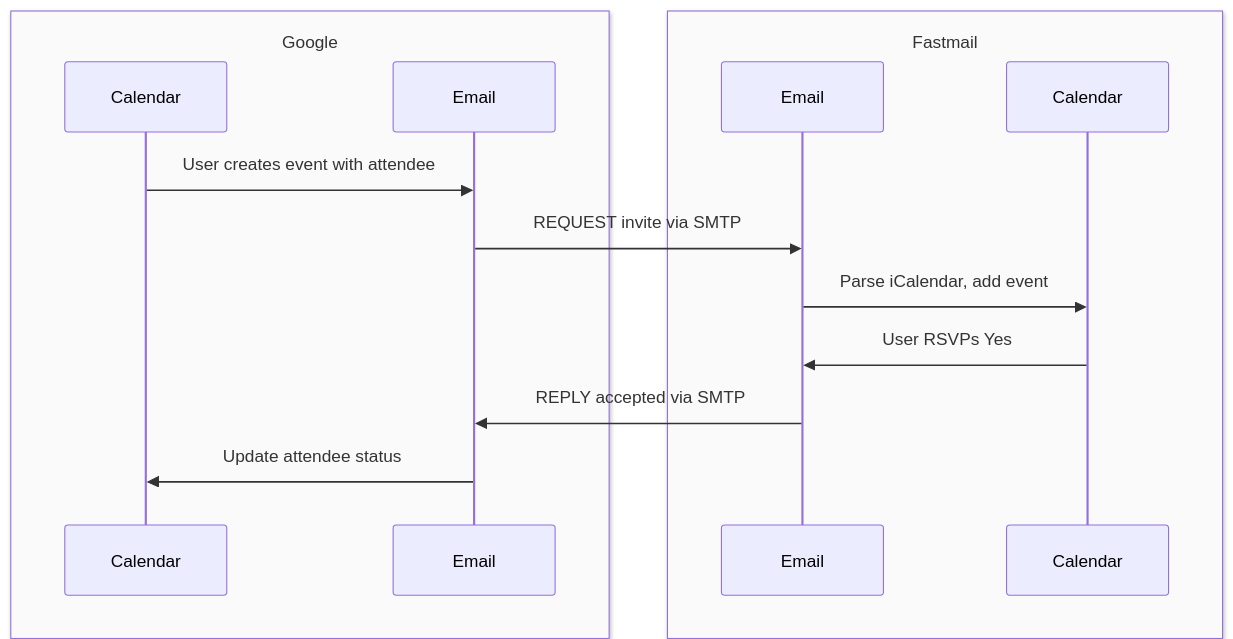
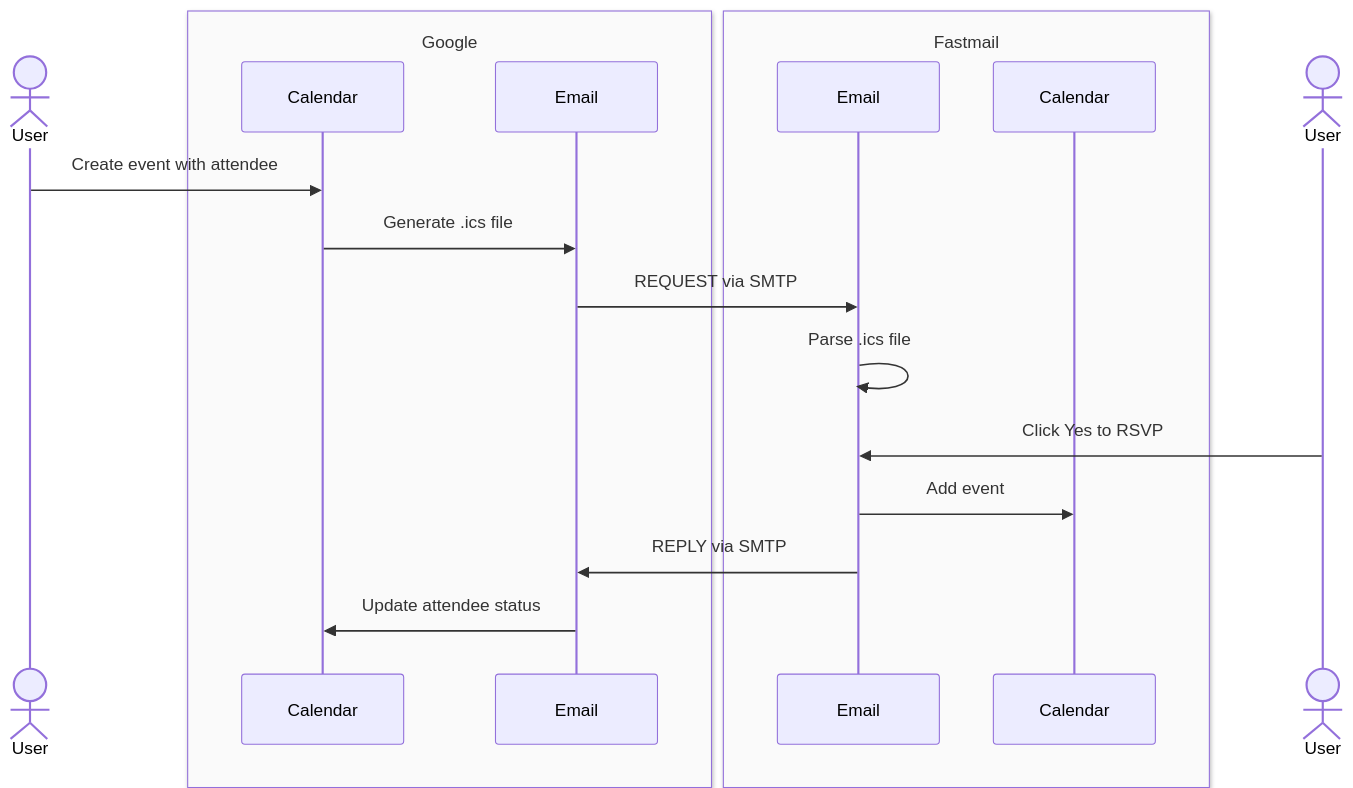
The diagram in src/content/post/standards.md (amarder/amarder.github.io), drawn with Mermaid before and after one commit. The commit also changed other lines of this file, not shown here.

````diff
--- a/src/content/post/standards.md
+++ b/src/content/post/standards.md
@@ -27,19 +32,23 @@
 ```mermaid
 %%{init: {'sequence': {'boxMargin': 20, 'boxTextMargin': 10}}}%%
 sequenceDiagram
+    actor U1 as User
     box rgb(250, 250, 250) Google
         participant GC as Calendar
         participant GM as Email
     end
     box rgb(250, 250, 250) Fastmail
         participant FE as Email
         participant FC as Calendar
     end
+    actor U2 as User
 
-    GC->>GM: User creates event with attendee
-    GM->>FE: REQUEST invite via SMTP
-    FE->>FC: Parse iCalendar, add event
-    FC->>FE: User RSVPs Yes
-    FE->>GM: REPLY accepted via SMTP
+    U1->>GC: Create event with attendee
+    GC->>GM: Generate .ics file
+    GM->>FE: REQUEST via SMTP
+    FE->>FE: Parse .ics file
+    U2->>FE: Click Yes to RSVP
+    FE->>FC: Add event
+    FE->>GM: REPLY via SMTP
     GM->>GC: Update attendee status
 ```
````
